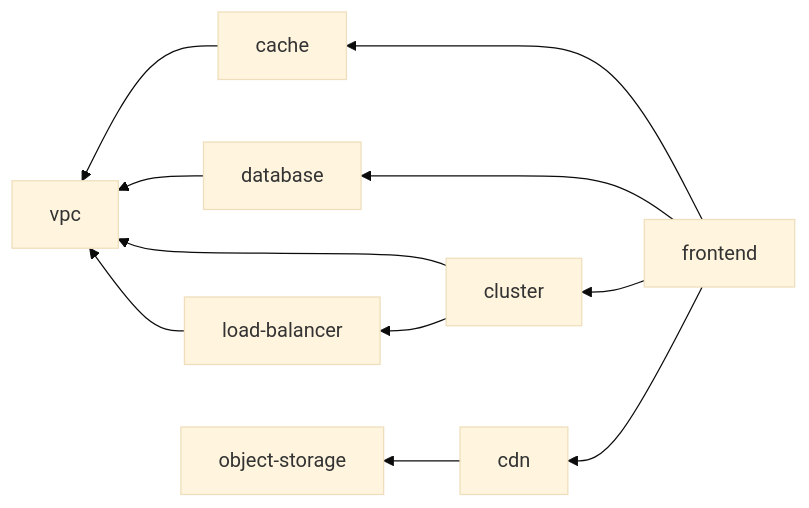
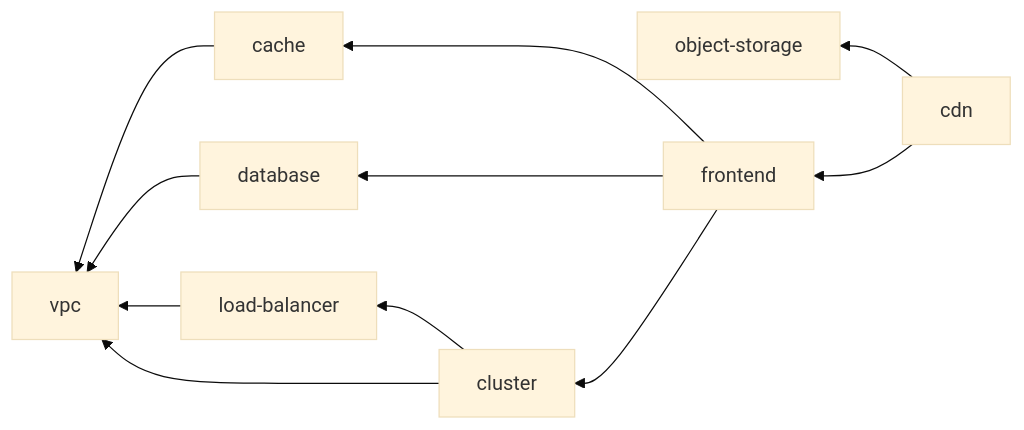
The diagram in README.md (cloudposse-examples/infra-demo-atmos-pro), drawn with Mermaid (base theme) before and after one commit. The commit also changed 1 other file, not shown here.

Commit message:
refactor mermaid diagram

````diff
--- a/README.md
+++ b/README.md
@@ -65,13 +65,13 @@
 ```mermaid
 graph RL;
     cache --> vpc
     database --> vpc
     load-balancer --> vpc
     cluster --> vpc
     cluster --> load-balancer
     cdn --> object-storage
+    cdn --> frontend
     frontend --> cache
     frontend --> database
     frontend --> cluster
-    frontend --> cdn
 ```
````
